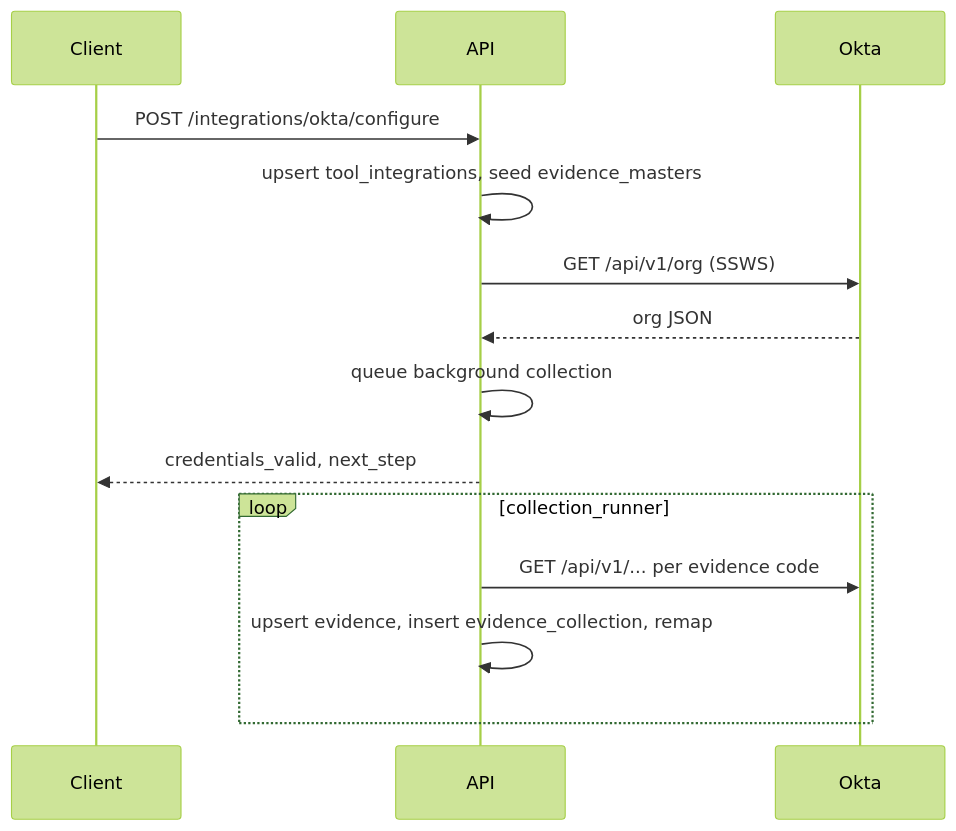
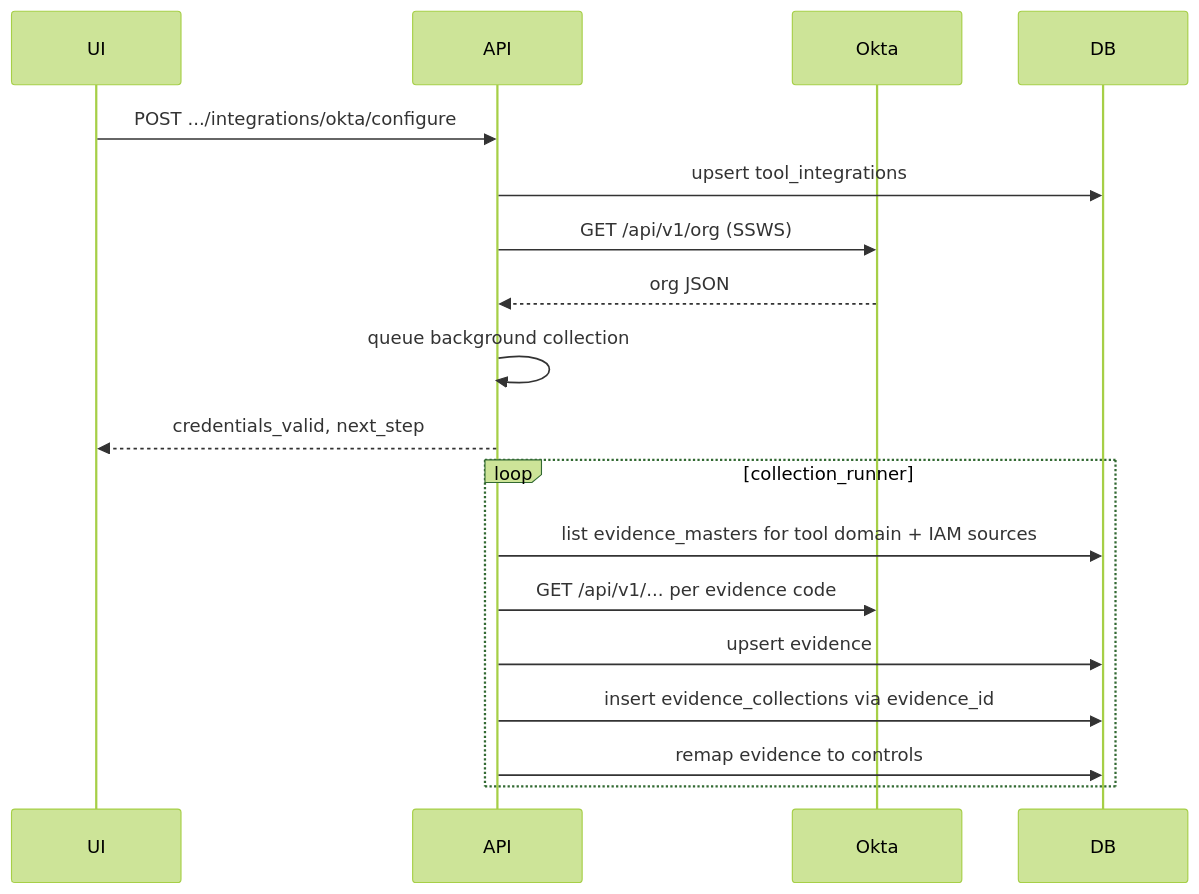
Before and after one commit to niharMSQ1/toolIntSF: the diagram in please_readmes/0008 - okta_iam_integration.md, drawn with Mermaid (forest theme). The commit also changed other lines of this file and 1386 other files, not shown here.

````diff
--- a/please_readmes/0008 - okta_iam_integration.md
+++ b/please_readmes/0008 - okta_iam_integration.md
@@ -104,16 +65,20 @@
 ```mermaid
 sequenceDiagram
-  participant Client
+  participant UI
   participant API
   participant Okta
-  Client->>API: POST /integrations/okta/configure
-  API->>API: upsert tool_integrations, seed evidence_masters
+  participant DB
+  UI->>API: POST .../integrations/okta/configure
+  API->>DB: upsert tool_integrations
   API->>Okta: GET /api/v1/org (SSWS)
   Okta-->>API: org JSON
   API->>API: queue background collection
-  API-->>Client: credentials_valid, next_step
+  API-->>UI: credentials_valid, next_step
   loop collection_runner
+    API->>DB: list evidence_masters for tool domain + IAM sources
     API->>Okta: GET /api/v1/... per evidence code
-    API->>API: upsert evidence, insert evidence_collection, remap
+    API->>DB: upsert evidence
+    API->>DB: insert evidence_collections via evidence_id
+    API->>DB: remap evidence to controls
   end
 ```
````
